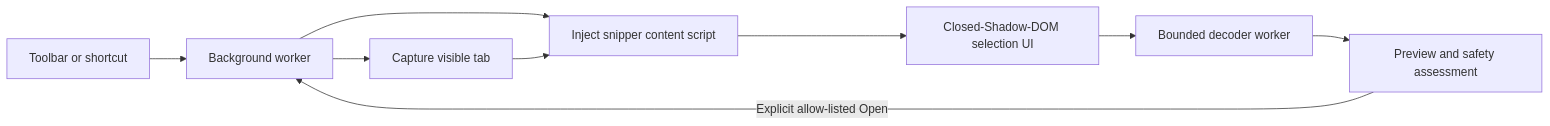
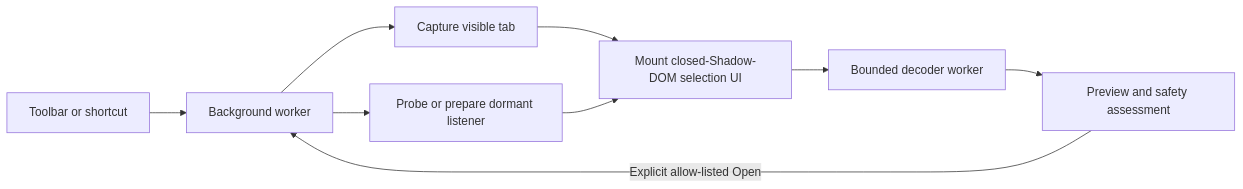
The diagram in README.md (alwinpamintuan/qr-snip), drawn with Mermaid before and after one commit. The commit also changed other lines of this file and 9 other files, not shown here.

````diff
--- a/README.md
+++ b/README.md
@@ -157,11 +160,11 @@
 ```mermaid
 flowchart LR
     U["Toolbar or shortcut"] --> B["Background worker"]
     B --> C["Capture visible tab"]
-    B --> I["Inject snipper content script"]
-    C --> I
-    I --> S["Closed-Shadow-DOM selection UI"]
+    B --> P["Probe or prepare dormant listener"]
+    C --> S["Mount closed-Shadow-DOM selection UI"]
+    P --> S
     S --> W["Bounded decoder worker"]
     W --> R["Preview and safety assessment"]
     R -->|"Explicit allow-listed Open"| B
 ```
````
